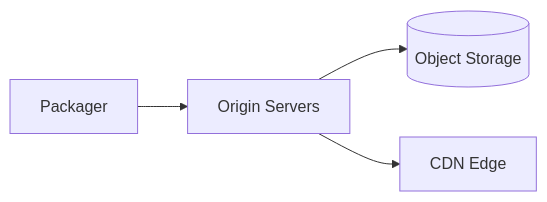
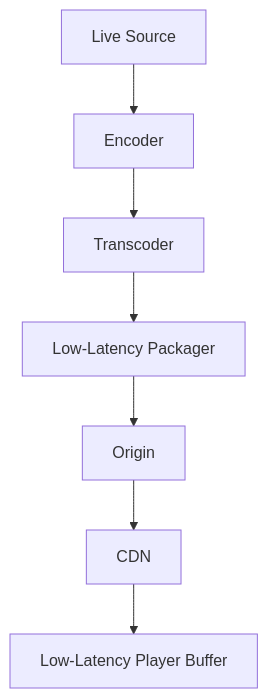
The fourth of 11 diagrams in src/content/design-a-live-streaming-service.md (gojosatoru123-ux/CacheU), drawn with Mermaid before and after one commit. The commit also changed other lines of this file and 17 other files, not shown here.

````diff
--- a/src/content/design-a-live-streaming-service.md
+++ b/src/content/design-a-live-streaming-service.md
@@ -477,6 +496,9 @@
 ```mermaid
-flowchart LR
-    Packager --> Origin[Origin Servers]
-    Origin --> ObjectStore[(Object Storage)]
-    Origin --> CDN[CDN Edge]
+flowchart TD
+    Source[Live Source] --> Encoder[Encoder]
+    Encoder --> Transcode[Transcoder]
+    Transcode --> Packager[Low-Latency Packager]
+    Packager --> Origin[Origin]
+    Origin --> CDN[CDN]
+    CDN --> Player[Low-Latency Player Buffer]
 ```
````
